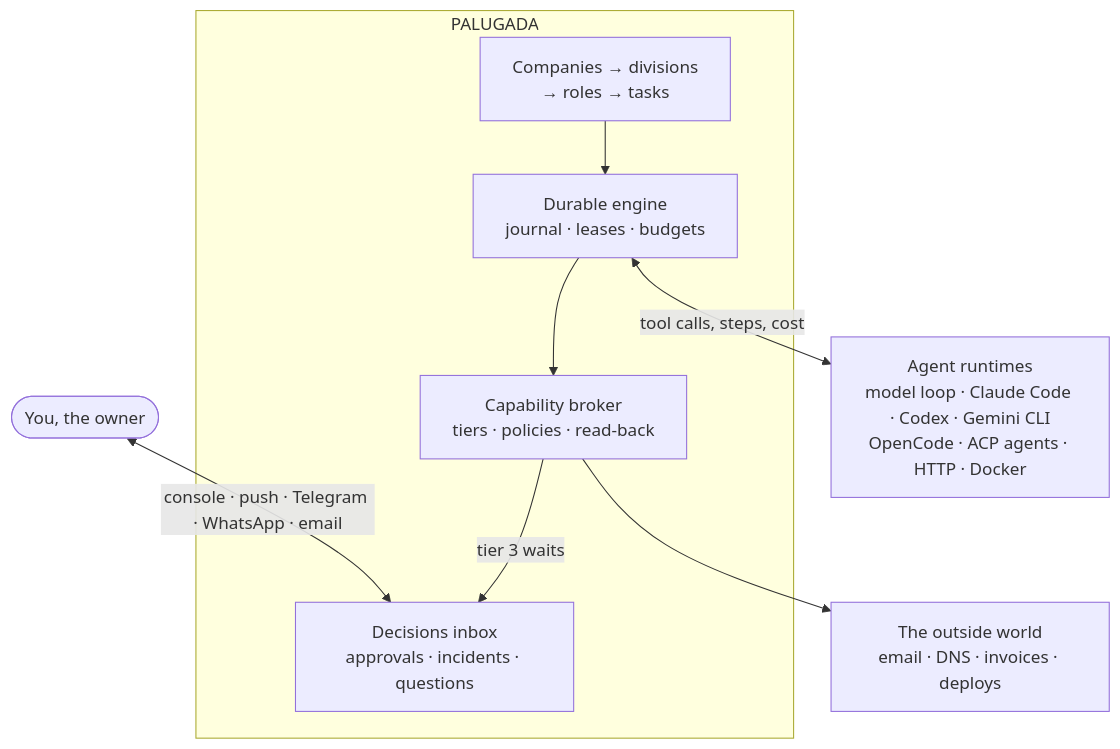
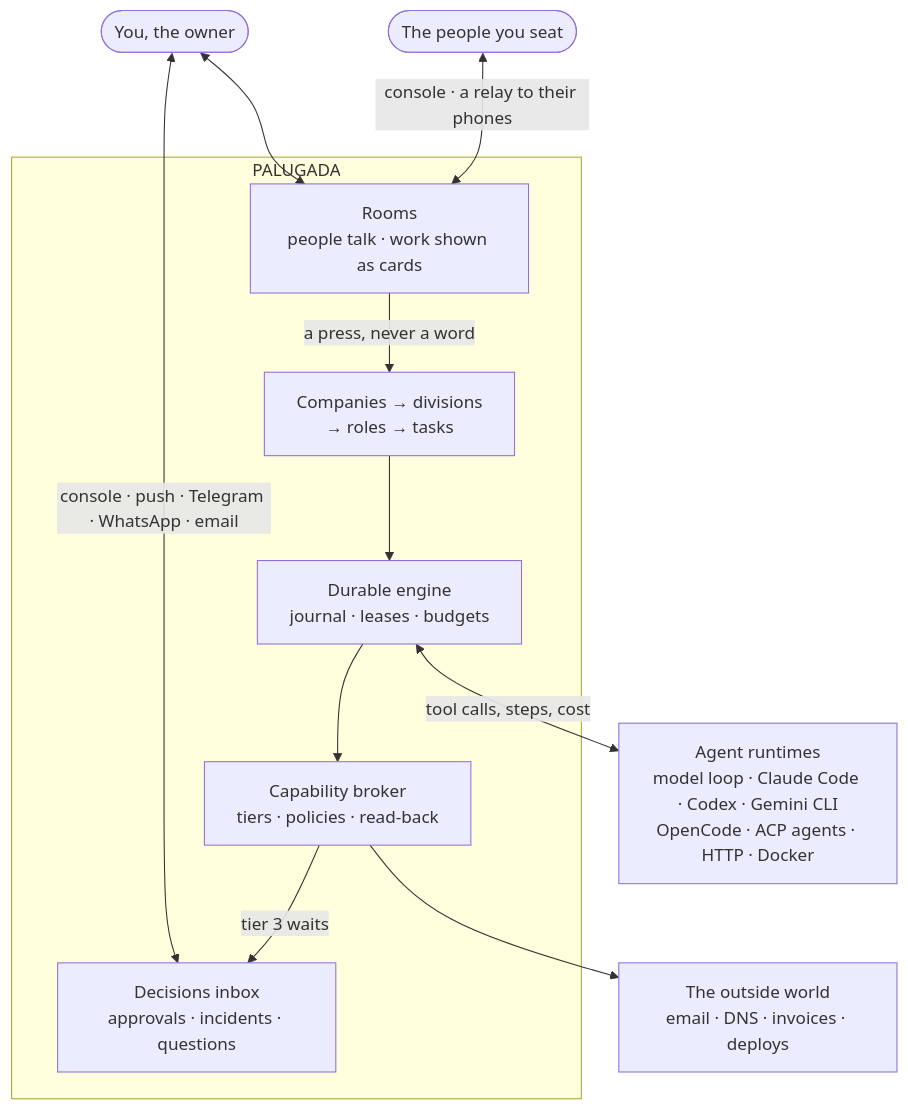
The diagram in README.md (TegarTheGreat/PALUGADA), drawn with Mermaid before and after one commit. The commit also changed other lines of this file and 1 other file, not shown here.

````diff
--- a/README.md
+++ b/README.md
@@ -233,17 +263,22 @@
 ```mermaid
 flowchart TB
   owner(["You, the owner"])
+  staff(["The people you seat"])
   subgraph palugada["PALUGADA"]
+    rooms["Rooms<br/>people talk · work shown as cards"]
     org["Companies → divisions<br/>→ roles → tasks"]
     engine["Durable engine<br/>journal · leases · budgets"]
     broker["Capability broker<br/>tiers · policies · read-back"]
     inbox["Decisions inbox<br/>approvals · incidents · questions"]
     org --> engine --> broker
     broker -- "tier 3 waits" --> inbox
+    rooms -- "a press, never a word" --> org
   end
   runtimes["Agent runtimes<br/>model loop · Claude Code · Codex · Gemini CLI<br/>OpenCode · ACP agents · HTTP · Docker"]
   world["The outside world<br/>email · DNS · invoices · deploys"]
   owner <-- "console · push · Telegram · WhatsApp · email" --> inbox
+  owner <--> rooms
+  staff <-- "console · a relay to their phones" --> rooms
   engine <-- "tool calls, steps, cost" --> runtimes
   broker --> world
 ```
````
